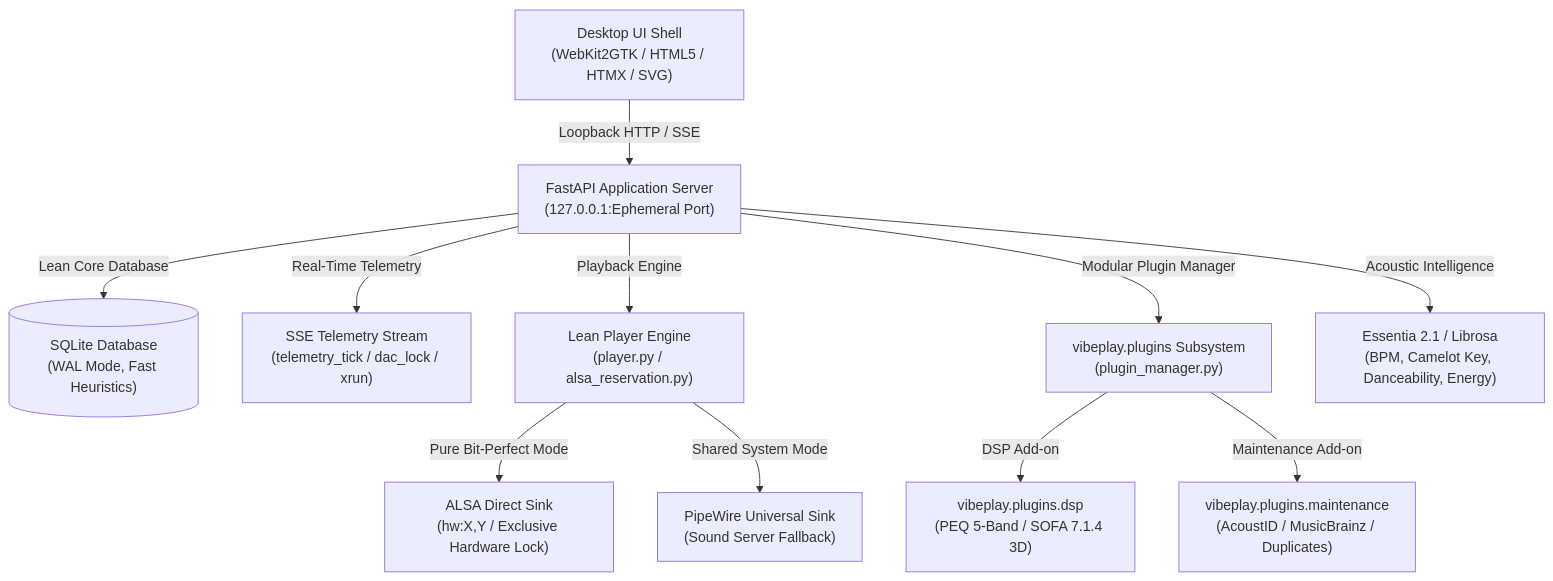
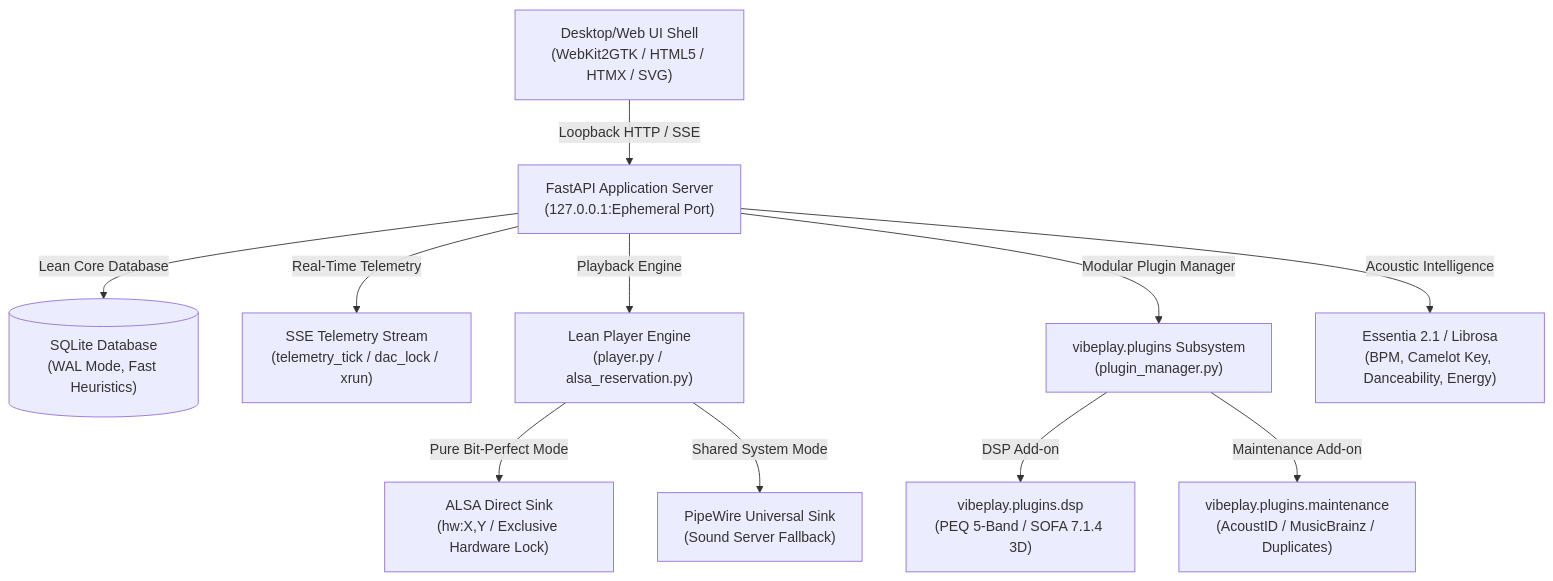
Before and after one commit to defiqantcoder/vibeplay: the diagram in README.md, drawn with Mermaid. The commit also changed other lines of this file and 14 other files, not shown here.

````diff
--- a/README.md
+++ b/README.md
@@ -173,13 +194,13 @@
 ```mermaid
 graph TD
-    UI["Desktop UI Shell<br/>(WebKit2GTK / HTML5 / HTMX / SVG)"] -->|Loopback HTTP / SSE| API["FastAPI Application Server<br/>(127.0.0.1:Ephemeral Port)"]
+    UI["Desktop/Web UI Shell<br/>(WebKit2GTK / HTML5 / HTMX / SVG)"] -->|Loopback HTTP / SSE| API["FastAPI Application Server<br/>(127.0.0.1:Ephemeral Port)"]
     API -->|Lean Core Database| DB[("SQLite Database<br/>(WAL Mode, Fast Heuristics)")]
     API -->|Real-Time Telemetry| SSE["SSE Telemetry Stream<br/>(telemetry_tick / dac_lock / xrun)"]
     API -->|Playback Engine| PLY["Lean Player Engine<br/>(player.py / alsa_reservation.py)"]
     PLY -->|Pure Bit-Perfect Mode| ALSA["ALSA Direct Sink<br/>(hw:X,Y / Exclusive Hardware Lock)"]
     PLY -->|Shared System Mode| PW["PipeWire Universal Sink<br/>(Sound Server Fallback)"]
     API -->|Modular Plugin Manager| PLUG["vibeplay.plugins Subsystem<br/>(plugin_manager.py)"]
     PLUG -->|DSP Add-on| DSP["vibeplay.plugins.dsp<br/>(PEQ 5-Band / SOFA 7.1.4 3D)"]
     PLUG -->|Maintenance Add-on| MAINT["vibeplay.plugins.maintenance<br/>(AcoustID / MusicBrainz / Duplicates)"]
     API -->|Acoustic Intelligence| ESS["Essentia 2.1 / Librosa<br/>(BPM, Camelot Key, Danceability, Energy)"]
 ```
````
